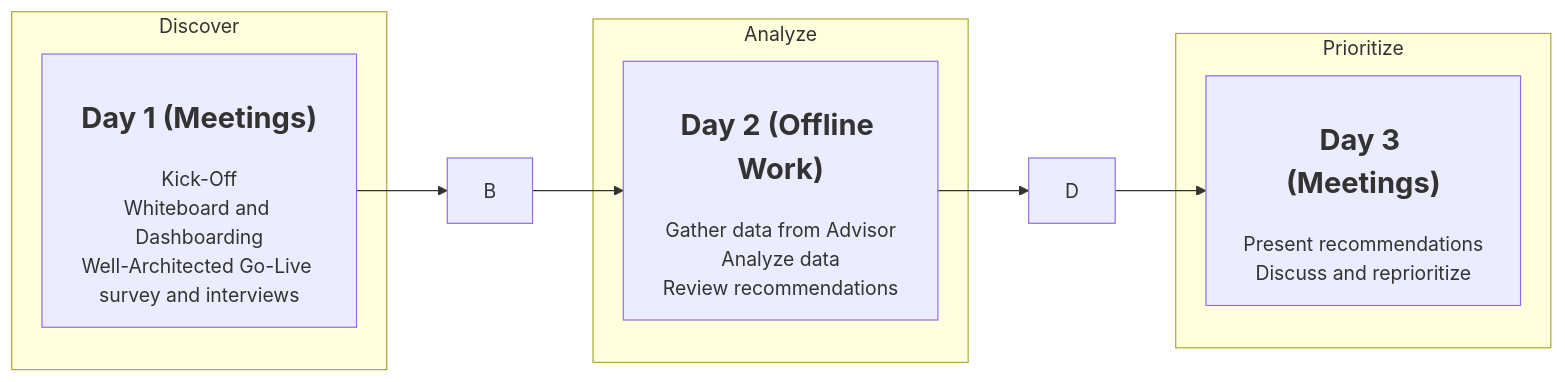
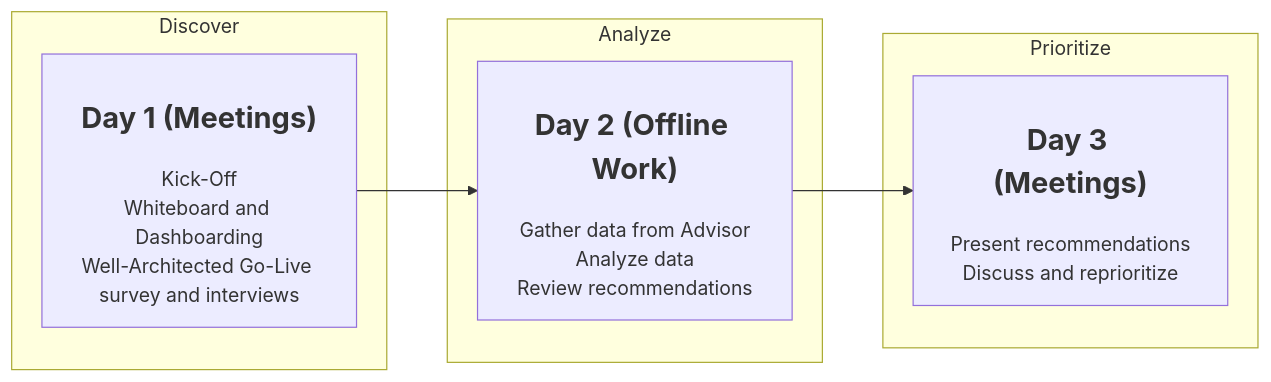
Before and after one commit to microsoft/GPS-Well-Architected-Partner-Training: the diagram in 2.b Well-Architected Process Guide/Go-Live.md, drawn with Mermaid. The commit also changed other lines of this file and 3 other files, not shown here.

````diff
--- a/2.b Well-Architected Process Guide/Go-Live.md
+++ b/2.b Well-Architected Process Guide/Go-Live.md
@@ -64,15 +67,15 @@
 ```mermaid
 flowchart LR
 
 subgraph Discover
 A["<h2>Day 1 (Meetings)</h2>Kick-Off<br>Whiteboard and Dashboarding<br>Well-Architected Go-Live survey and interviews"] 
 end
 subgraph Analyze
 C["<h2>Day 2 (Offline Work)</h2>Gather data from Advisor<br>Analyze data<br>Review recommendations"]
 end
 subgraph Prioritize
 E["<h2>Day 3 (Meetings)</h2>Present recommendations<br>Discuss and reprioritize"]
 end
 
-A-->B-->C-->D-->E
+A-->C-->E
 ```
````
